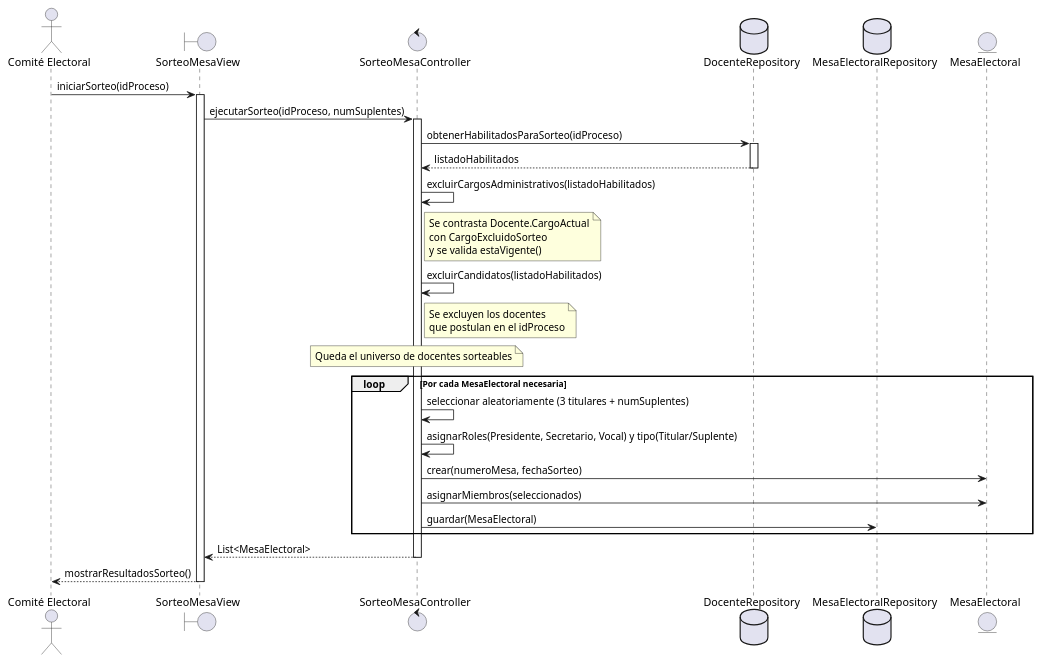
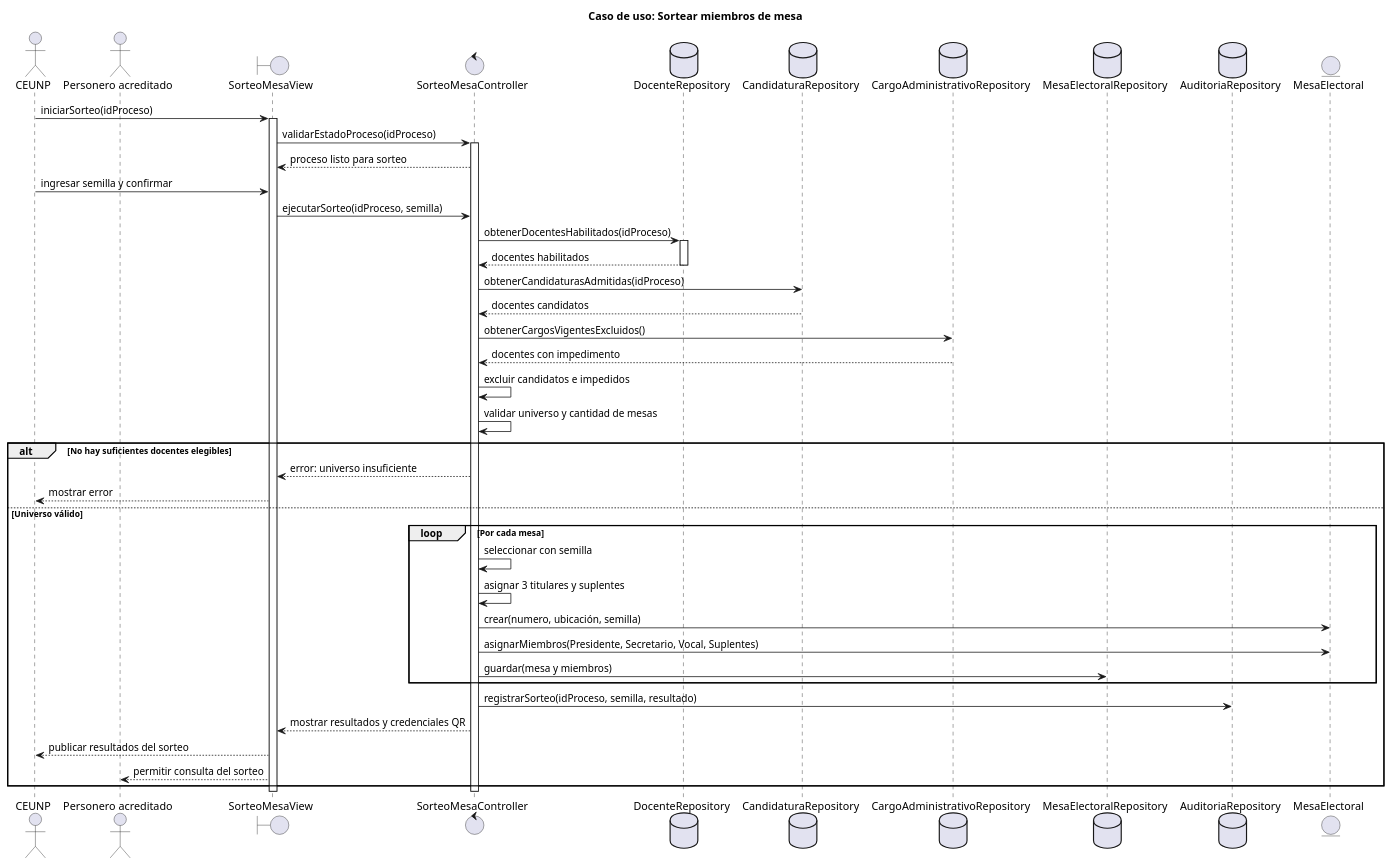
Before and after one commit to LeandroUniversitario/sistemaDeVotacionesUnp: the diagram in diagramas/secuencia_sortear_mesa.puml, drawn with PlantUML. The commit also changed 144 other files, not shown here.

```diff
--- a/diagramas/secuencia_sortear_mesa.puml
+++ b/diagramas/secuencia_sortear_mesa.puml
@@ -1,42 +1,57 @@
 @startuml Diagrama_Secuencia_Sortear_Mesa
-actor "Comité Electoral" as Comite
+title Caso de uso: Sortear miembros de mesa
+
+actor "CEUNP" as Comite
+actor "Personero acreditado" as Personero
 boundary "SorteoMesaView" as Vista
 control "SorteoMesaController" as Controlador
 database "DocenteRepository" as DocRepo
+database "CandidaturaRepository" as CandidatoRepo
+database "CargoAdministrativoRepository" as CargoAdminRepo
 database "MesaElectoralRepository" as MesaRepo
+database "AuditoriaRepository" as AuditoriaRepo
 entity "MesaElectoral" as Mesa
 
 Comite -> Vista: iniciarSorteo(idProceso)
 activate Vista
-Vista -> Controlador: ejecutarSorteo(idProceso, numSuplentes)
+Vista -> Controlador: validarEstadoProceso(idProceso)
 activate Controlador
+Controlador --> Vista: proceso listo para sorteo
 
-Controlador -> DocRepo: obtenerHabilitadosParaSorteo(idProceso)
+Comite -> Vista: ingresar semilla y confirmar
+Vista -> Controlador: ejecutarSorteo(idProceso, semilla)
+
+Controlador -> DocRepo: obtenerDocentesHabilitados(idProceso)
 activate DocRepo
-DocRepo --> Controlador: listadoHabilitados
+DocRepo --> Controlador: docentes habilitados
 deactivate DocRepo
 
-Controlador -> Controlador: excluirCargosAdministrativos(listadoHabilitados)
-note right of Controlador: Se contrasta Docente.CargoActual\ncon CargoExcluidoSorteo\ny se valida estaVigente()
+Controlador -> CandidatoRepo: obtenerCandidaturasAdmitidas(idProceso)
+CandidatoRepo --> Controlador: docentes candidatos
+Controlador -> CargoAdminRepo: obtenerCargosVigentesExcluidos()
+CargoAdminRepo --> Controlador: docentes con impedimento
 
-Controlador -> Controlador: excluirCandidatos(listadoHabilitados)
-note right of Controlador: Se excluyen los docentes\nque postulan en el idProceso
+Controlador -> Controlador: excluir candidatos e impedidos
+Controlador -> Controlador: validar universo y cantidad de mesas
 
-note over Controlador: Queda el universo de docentes sorteables
+alt No hay suficientes docentes elegibles
+    Controlador --> Vista: error: universo insuficiente
+    Vista --> Comite: mostrar error
+else Universo válido
+    loop Por cada mesa
+        Controlador -> Controlador: seleccionar con semilla
+        Controlador -> Controlador: asignar 3 titulares y suplentes
+        Controlador -> Mesa: crear(numero, ubicación, semilla)
+        Controlador -> Mesa: asignarMiembros(Presidente, Secretario, Vocal, Suplentes)
+        Controlador -> MesaRepo: guardar(mesa y miembros)
+    end
 
-loop Por cada MesaElectoral necesaria
-    Controlador -> Controlador: seleccionar aleatoriamente (3 titulares + numSuplentes)
-    Controlador -> Controlador: asignarRoles(Presidente, Secretario, Vocal) y tipo(Titular/Suplente)
-    
-    Controlador -> Mesa: crear(numeroMesa, fechaSorteo)
-    Controlador -> Mesa: asignarMiembros(seleccionados)
-    
-    Controlador -> MesaRepo: guardar(MesaElectoral)
+    Controlador -> AuditoriaRepo: registrarSorteo(idProceso, semilla, resultado)
+    Controlador --> Vista: mostrar resultados y credenciales QR
+    Vista --> Comite: publicar resultados del sorteo
+    Vista --> Personero: permitir consulta del sorteo
 end
 
-Controlador --> Vista: List<MesaElectoral>
 deactivate Controlador
-
-Vista --> Comite: mostrarResultadosSorteo()
 deactivate Vista
 @enduml
```
